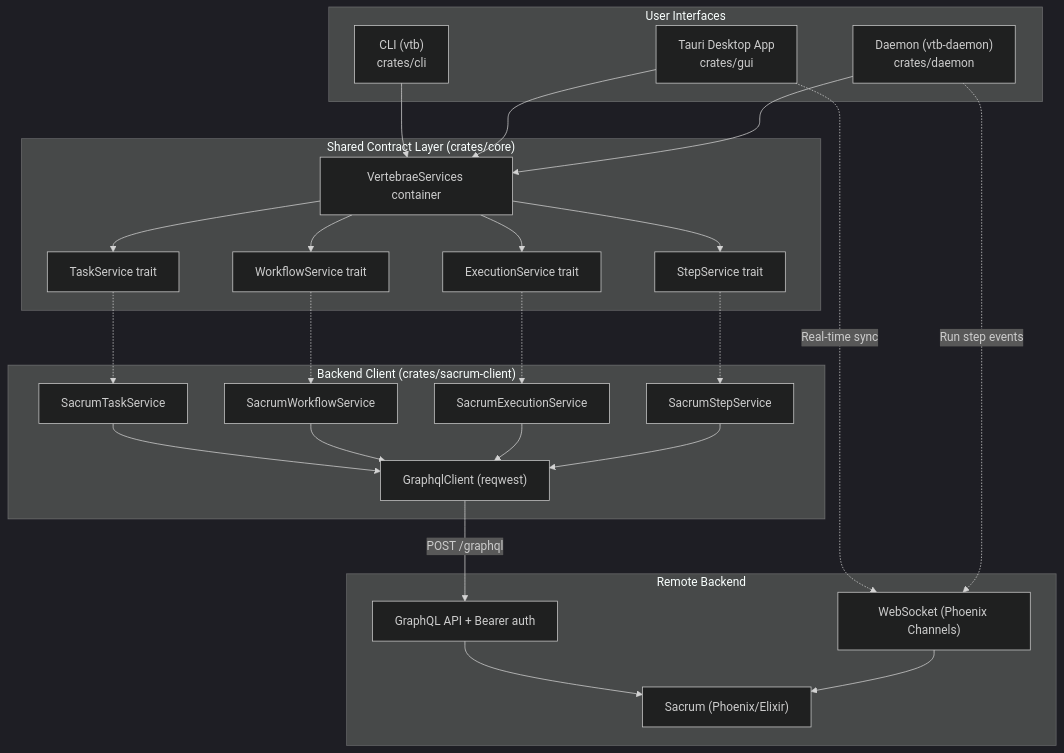
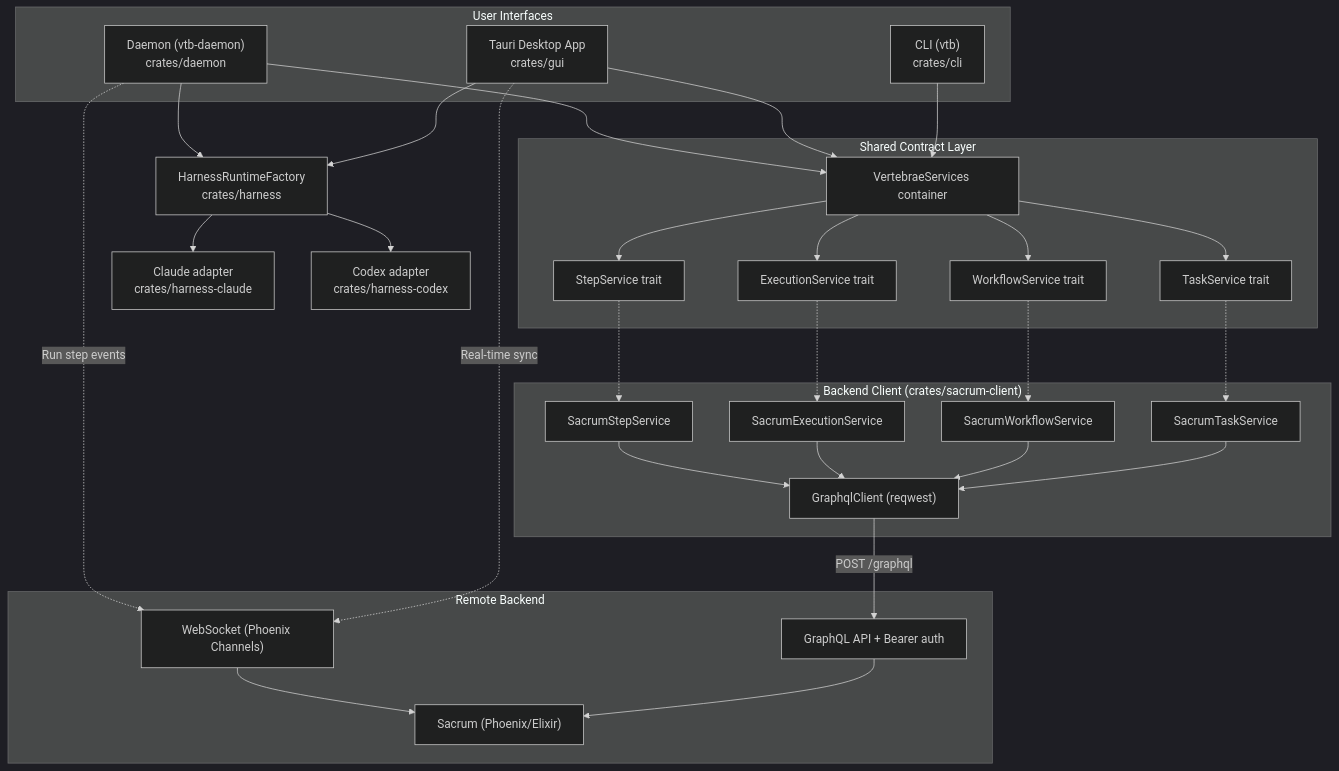
The diagram in docs/architecture.md (CamonZ/vertebrae), drawn with Mermaid (dark theme) before and after one commit. The commit also changed other lines of this file and 14 other files, not shown here.

Commit message:
[8a7d22a2] Route all harness startup through shared factory

````diff
--- a/docs/architecture.md
+++ b/docs/architecture.md
@@ -18,47 +22,54 @@
 ```mermaid
 flowchart TB
     subgraph "User Interfaces"
         CLI["CLI (vtb)<br/>crates/cli"]
         GUI["Tauri Desktop App<br/>crates/gui"]
         Daemon["Daemon (vtb-daemon)<br/>crates/daemon"]
     end
 
-    subgraph "Shared Contract Layer (crates/core)"
+    subgraph "Shared Contract Layer"
         TS["TaskService trait"]
         WS["WorkflowService trait"]
         ES["ExecutionService trait"]
         SS["StepService trait"]
         VSvc["VertebraeServices container"]
     end
+
+    Factory["HarnessRuntimeFactory<br/>crates/harness"]
+    Claude["Claude adapter<br/>crates/harness-claude"]
+    Codex["Codex adapter<br/>crates/harness-codex"]
 
     subgraph "Backend Client (crates/sacrum-client)"
         SC["GraphqlClient (reqwest)"]
         STS["SacrumTaskService"]
         SWS["SacrumWorkflowService"]
         SES["SacrumExecutionService"]
         SSS["SacrumStepService"]
     end
 
     subgraph "Remote Backend"
         Sacrum["Sacrum (Phoenix/Elixir)"]
         GQL["GraphQL API + Bearer auth"]
         WS2["WebSocket (Phoenix Channels)"]
     end
 
     CLI --> VSvc
     GUI --> VSvc
     Daemon --> VSvc
+    GUI --> Factory
+    Daemon --> Factory
+    Factory --> Claude & Codex
 
     VSvc --> TS & WS & ES & SS
     TS -.-> STS
     WS -.-> SWS
     ES -.-> SES
     SS -.-> SSS
 
     STS & SWS & SES & SSS --> SC
     SC -->|POST /graphql| GQL --> Sacrum
 
     GUI -.->|Real-time sync| WS2
     Daemon -.->|Run step events| WS2
     WS2 --> Sacrum
 ```
````
